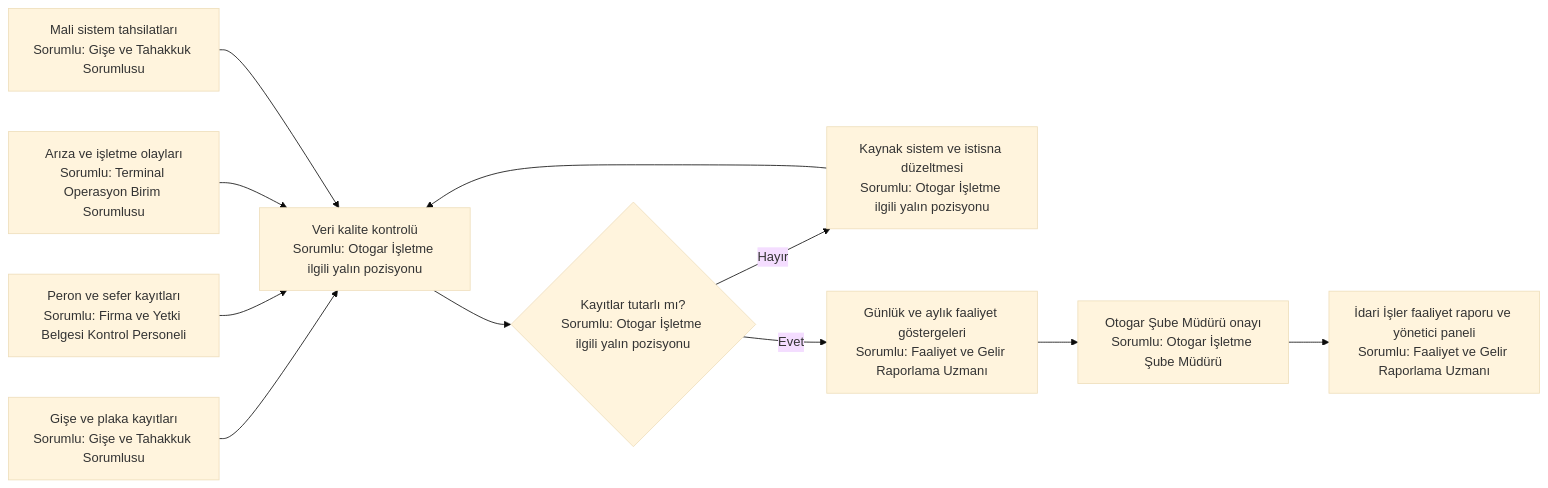
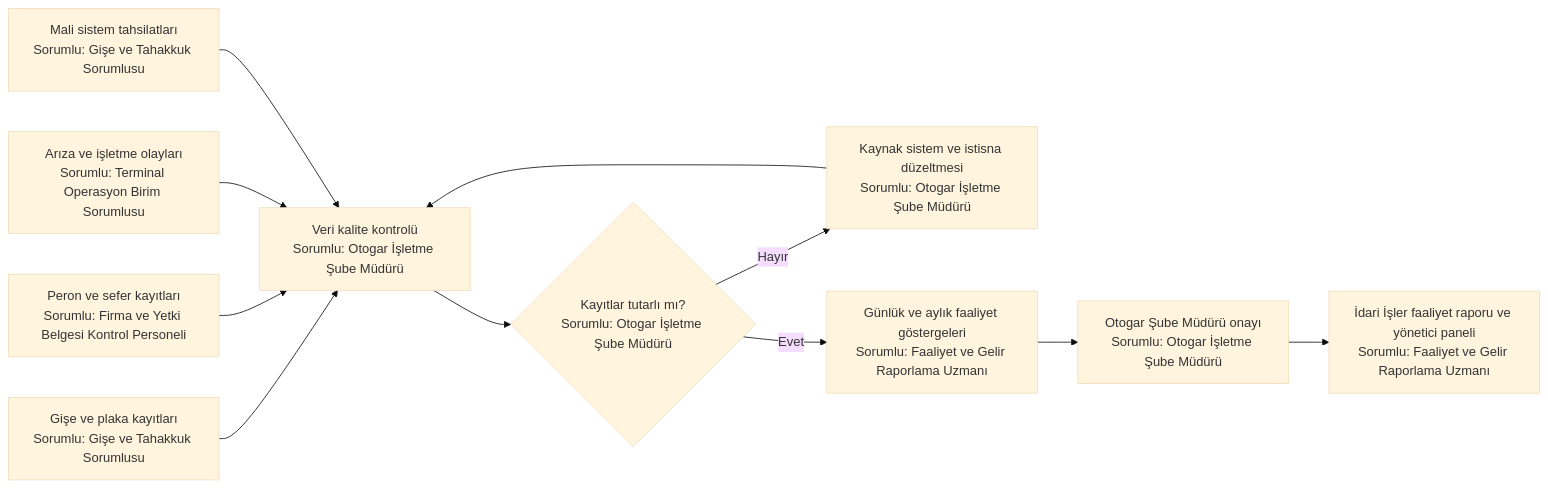
Before and after one commit to merdaergen-create/Ulasim_Dairesi_Is_Analizi: the fourth of 4 diagrams in 11_yalin_surec_haritalari_sorumlulari_belirtilmis/otogar/README.md, drawn with Mermaid (base theme). The commit also changed other lines of this file and 9 other files, not shown here.

Commit message:
Yalın süreç haritalarını koruyarak kesin sorumlu pozisyonları ekle

````diff
--- a/11_yalin_surec_haritalari_sorumlulari_belirtilmis/otogar/README.md
+++ b/11_yalin_surec_haritalari_sorumlulari_belirtilmis/otogar/README.md
@@ -115,13 +115,13 @@
 ```mermaid
 flowchart LR
-    A[Gişe ve plaka kayıtları<br/>Sorumlu: Gişe ve Tahakkuk Sorumlusu] --> E[Veri kalite kontrolü<br/>Sorumlu: Otogar İşletme ilgili yalın pozisyonu]
+    A[Gişe ve plaka kayıtları<br/>Sorumlu: Gişe ve Tahakkuk Sorumlusu] --> E[Veri kalite kontrolü<br/>Sorumlu: Otogar İşletme Şube Müdürü]
     B[Peron ve sefer kayıtları<br/>Sorumlu: Firma ve Yetki Belgesi Kontrol Personeli] --> E
     C[Arıza ve işletme olayları<br/>Sorumlu: Terminal Operasyon Birim Sorumlusu] --> E
     D[Mali sistem tahsilatları<br/>Sorumlu: Gişe ve Tahakkuk Sorumlusu] --> E
-    E --> F{Kayıtlar tutarlı mı?<br/>Sorumlu: Otogar İşletme ilgili yalın pozisyonu}
-    F -- Hayır --> G[Kaynak sistem ve istisna düzeltmesi<br/>Sorumlu: Otogar İşletme ilgili yalın pozisyonu]
+    E --> F{Kayıtlar tutarlı mı?<br/>Sorumlu: Otogar İşletme Şube Müdürü}
+    F -- Hayır --> G[Kaynak sistem ve istisna düzeltmesi<br/>Sorumlu: Otogar İşletme Şube Müdürü]
     G --> E
     F -- Evet --> H[Günlük ve aylık faaliyet göstergeleri<br/>Sorumlu: Faaliyet ve Gelir Raporlama Uzmanı]
     H --> I[Otogar Şube Müdürü onayı<br/>Sorumlu: Otogar İşletme Şube Müdürü]
     I --> J[İdari İşler faaliyet raporu ve yönetici paneli<br/>Sorumlu: Faaliyet ve Gelir Raporlama Uzmanı]
 ```
````
